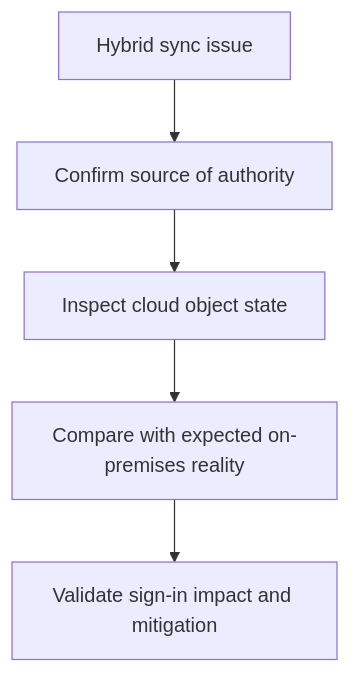
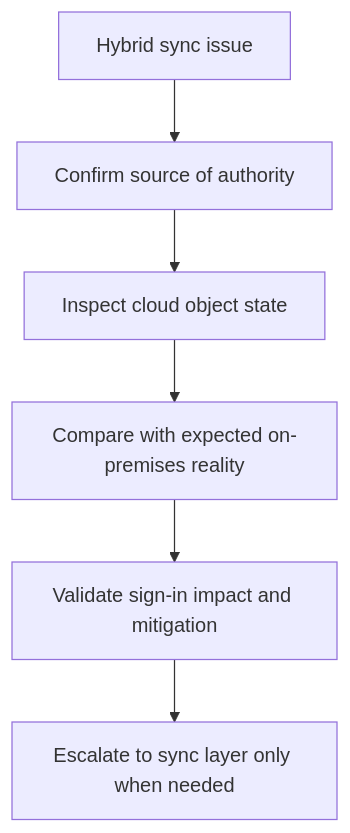
The diagram in docs/troubleshooting/playbooks/sync-errors-hybrid-identity.md (yeongseon/azure-entra-id-practical-guide), drawn with Mermaid before and after one commit. The commit also changed other lines of this file and 29 other files, not shown here.

````diff
--- a/docs/troubleshooting/playbooks/sync-errors-hybrid-identity.md
+++ b/docs/troubleshooting/playbooks/sync-errors-hybrid-identity.md
@@ -19,7 +23,8 @@
 ```mermaid
 flowchart TD
     A[Hybrid sync issue] --> B[Confirm source of authority]
     B --> C[Inspect cloud object state]
     C --> D[Compare with expected on-premises reality]
     D --> E[Validate sign-in impact and mitigation]
+    E --> F[Escalate to sync layer only when needed]
 ```
````
